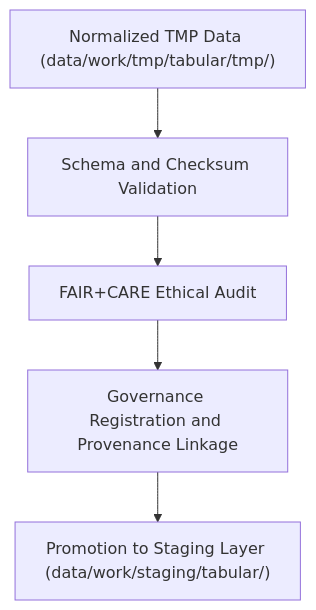
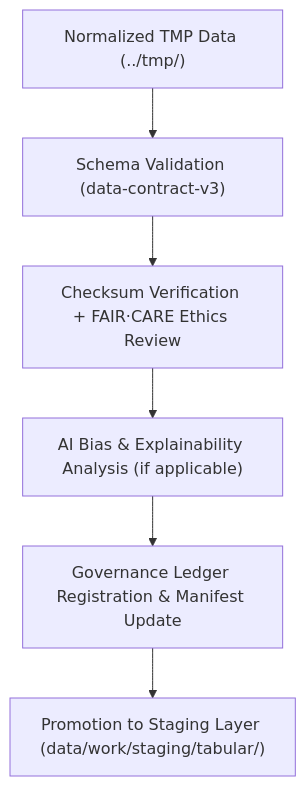
Before and after one commit to bartytime4life/Kansas-Frontier-Matrix: the diagram in data/work/tmp/tabular/validation/README.md, drawn with Mermaid. The commit also changed other lines of this file, not shown here.

````diff
--- a/data/work/tmp/tabular/validation/README.md
+++ b/data/work/tmp/tabular/validation/README.md
@@ -65,7 +70,8 @@
 ```mermaid
 flowchart TD
-    A["Normalized TMP Data (data/work/tmp/tabular/tmp/)"] --> B["Schema and Checksum Validation"]
-    B --> C["FAIR+CARE Ethical Audit"]
-    C --> D["Governance Registration and Provenance Linkage"]
-    D --> E["Promotion to Staging Layer (data/work/staging/tabular/)"]
+    A["Normalized TMP Data (../tmp/)"] --> B["Schema Validation (data-contract-v3)"]
+    B --> C["Checksum Verification + FAIR·CARE Ethics Review"]
+    C --> D["AI Bias & Explainability Analysis (if applicable)"]
+    D --> E["Governance Ledger Registration & Manifest Update"]
+    E --> F["Promotion to Staging Layer (data/work/staging/tabular/)"]
 ```
````
